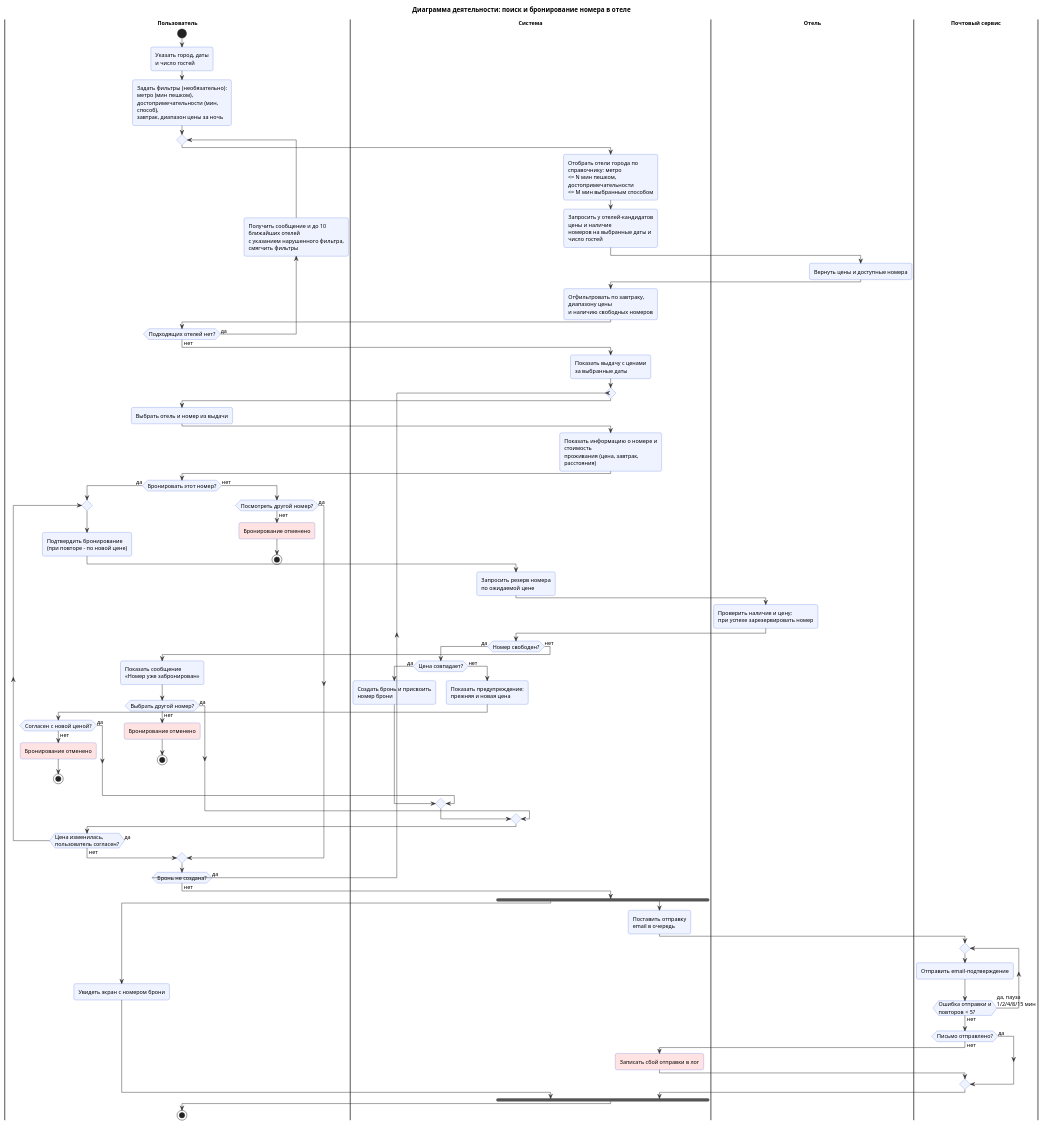
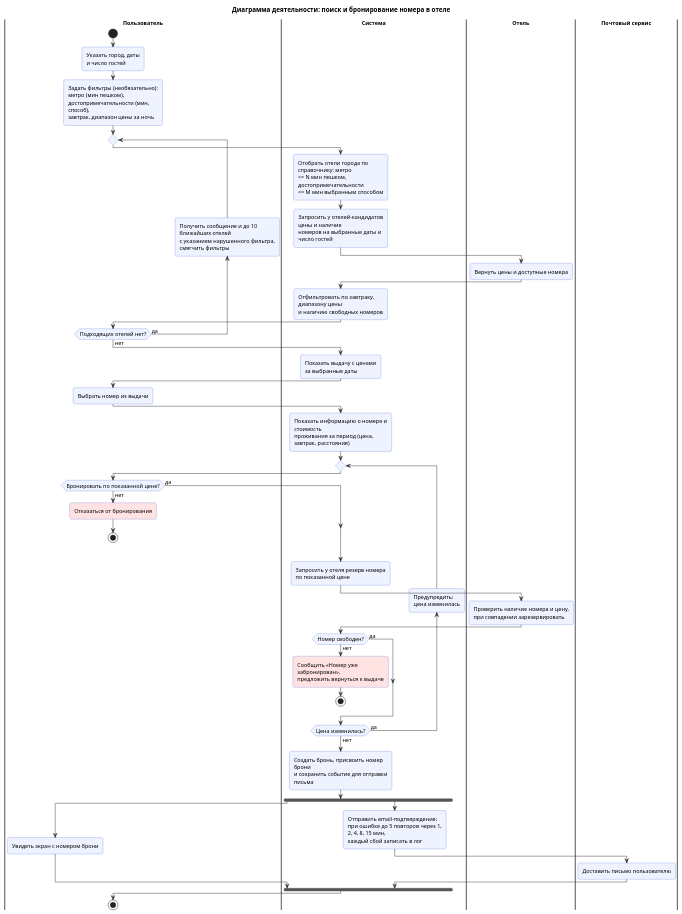
The diagram in hw2/1_2_activity.puml (Remsely/cu-system-analysis), drawn with PlantUML before and after one commit.

Commit message:
refactor: rebuild booking flow in activity diagram without duplicate checks
Each condition is now checked once: the booking decision opens the
reservation loop (first pass: book at shown price; after a price change:
accept the new price), "Номер свободен?" ends the flow on a taken room,
"Цена изменилась?" loops back via a warning. Removed the outer
"Бронь не создана?" loop, repeated "выбрать другой номер" branches and
three duplicate cancel nodes. Email retries are one action (details live
in the sequence diagram); join moved to the system lane.

Claude-Session: https://claude.ai/code/session_01GqxdLWzwTh89iq96gpoYoC

```diff
--- a/hw2/1_2_activity.puml
+++ b/hw2/1_2_activity.puml
@@ -1,100 +1,73 @@
 @startuml
 skinparam shadowing false
 skinparam defaultFontSize 12
 skinparam backgroundColor white
 skinparam roundCorner 8
 skinparam ArrowColor #333333
 skinparam wrapWidth 220
 skinparam activity {
   BackgroundColor #EEF3FF
   BorderColor #3B5BDB
 }
 skinparam swimlaneTitleFontStyle bold
 
 title Диаграмма деятельности: поиск и бронирование номера в отеле
 
 |Пользователь|
 start
 :Указать город, даты\nи число гостей;
 
 :Задать фильтры (необязательно): метро (мин пешком),\nдостопримечательности (мин, способ),\nзавтрак, диапазон цены за ночь;
 repeat
   |Система|
   :Отобрать отели города по справочнику: метро\n<= N мин пешком, достопримечательности\n<= M мин выбранным способом;
   :Запросить у отелей-кандидатов цены и наличие\nномеров на выбранные даты и число гостей;
   |Отель|
   :Вернуть цены и доступные номера;
   |Система|
   :Отфильтровать по завтраку, диапазону цены\nи наличию свободных номеров;
   |Пользователь|
 backward :Получить сообщение и до 10 ближайших отелей\nс указанием нарушенного фильтра, смягчить фильтры;
 repeat while (Подходящих отелей нет?) is (да) not (нет)
 |Система|
 :Показать выдачу с ценами\nза выбранные даты;
 
+|Пользователь|
+:Выбрать номер из выдачи;
+|Система|
+:Показать информацию о номере и стоимость\nпроживания за период (цена, завтрак, расстояния);
 repeat
   |Пользователь|
-  :Выбрать отель и номер из выдачи;
+  if (Бронировать по показанной цене?) then (нет)
+    #FFE3E3:Отказаться от бронирования;
+    stop
+  else (да)
+  endif
   |Система|
-  :Показать информацию о номере и стоимость\nпроживания (цена, завтрак, расстояния);
-  |Пользователь|
-  if (Бронировать этот номер?) then (да)
-    repeat
-      |Пользователь|
-      :Подтвердить бронирование\n(при повторе - по новой цене);
-      |Система|
-      :Запросить резерв номера\nпо ожидаемой цене;
-      |Отель|
-      :Проверить наличие и цену;\nпри успехе зарезервировать номер;
-      |Система|
-      if (Номер свободен?) then (да)
-        if (Цена совпадает?) then (да)
-          :Создать бронь и присвоить\nномер брони;
-        else (нет)
-          :Показать предупреждение:\nпрежняя и новая цена;
-          |Пользователь|
-          if (Согласен с новой ценой?) then (да)
-          else (нет)
-            #FFE3E3:Бронирование отменено;
-            stop
-          endif
-        endif
-      else (нет)
-        :Показать сообщение\n«Номер уже забронирован»;
-        |Пользователь|
-        if (Выбрать другой номер?) then (да)
-        else (нет)
-          #FFE3E3:Бронирование отменено;
-          stop
-        endif
-      endif
-    repeat while (Цена изменилась,\nпользователь согласен?) is (да) not (нет)
-  else (нет)
-    if (Посмотреть другой номер?) then (да)
-    else (нет)
-      #FFE3E3:Бронирование отменено;
-      stop
-    endif
+  :Запросить у отеля резерв номера\nпо показанной цене;
+  |Отель|
+  :Проверить наличие номера и цену,\nпри совпадении зарезервировать;
+  |Система|
+  if (Номер свободен?) then (нет)
+    #FFE3E3:Сообщить «Номер уже забронирован»,\nпредложить вернуться к выдаче;
+    stop
+  else (да)
   endif
-repeat while (Бронь не создана?) is (да) not (нет)
+|Система|
+backward :Предупредить:\nцена изменилась;
+repeat while (Цена изменилась?) is (да) not (нет)
 
-|Система|
+:Создать бронь, присвоить номер брони\nи сохранить событие для отправки письма;
 fork
   |Пользователь|
   :Увидеть экран с номером брони;
 fork again
   |Система|
-  :Поставить отправку\nemail в очередь;
+  :Отправить email-подтверждение;\nпри ошибке до 5 повторов через 1, 2, 4, 8, 15 мин,\nкаждый сбой записать в лог;
   |Почтовый сервис|
-  repeat
-    :Отправить email-подтверждение;
-  repeat while (Ошибка отправки и\nповторов < 5?) is (да, пауза\n1/2/4/8/15 мин) not (нет)
-  if (Письмо отправлено?) then (да)
-  else (нет)
-    |Система|
-    #FFE3E3:Записать сбой отправки в лог;
-  endif
+  :Доставить письмо пользователю;
+  |Система|
 end fork
 |Пользователь|
 stop
 @enduml
```
